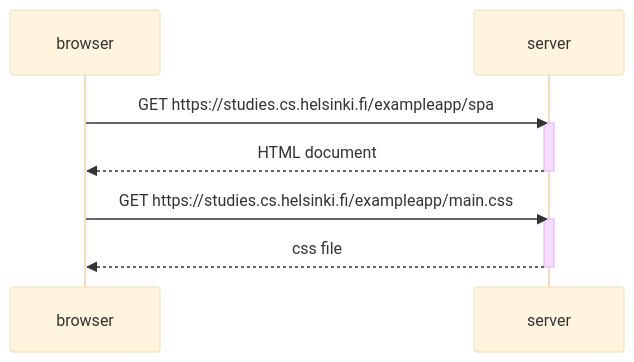
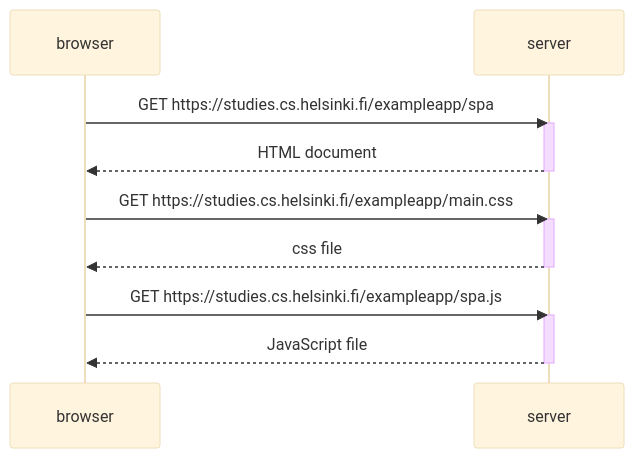
One commit to ngarciaotero/full_stack_open changed the diagram in part_0/single_page_app_diagram.md. Above: the diagram before and after it, drawn with Mermaid (base theme).

Commit message:
added the browser fetching the javascript code and the server response

````diff
--- a/part_0/single_page_app_diagram.md
+++ b/part_0/single_page_app_diagram.md
@@ -1,15 +1,20 @@
 ```mermaid
 sequenceDiagram
     participant browser
     participant server
 
     browser->>server: GET https://studies.cs.helsinki.fi/exampleapp/spa
     activate server
     server-->>browser: HTML document
     deactivate server
 
     browser->>server: GET https://studies.cs.helsinki.fi/exampleapp/main.css
     activate server
     server-->>browser: css file
     deactivate server
+
+    browser->>server: GET https://studies.cs.helsinki.fi/exampleapp/spa.js
+    activate server
+    server-->>browser: JavaScript file
+    deactivate server
 ```
````
